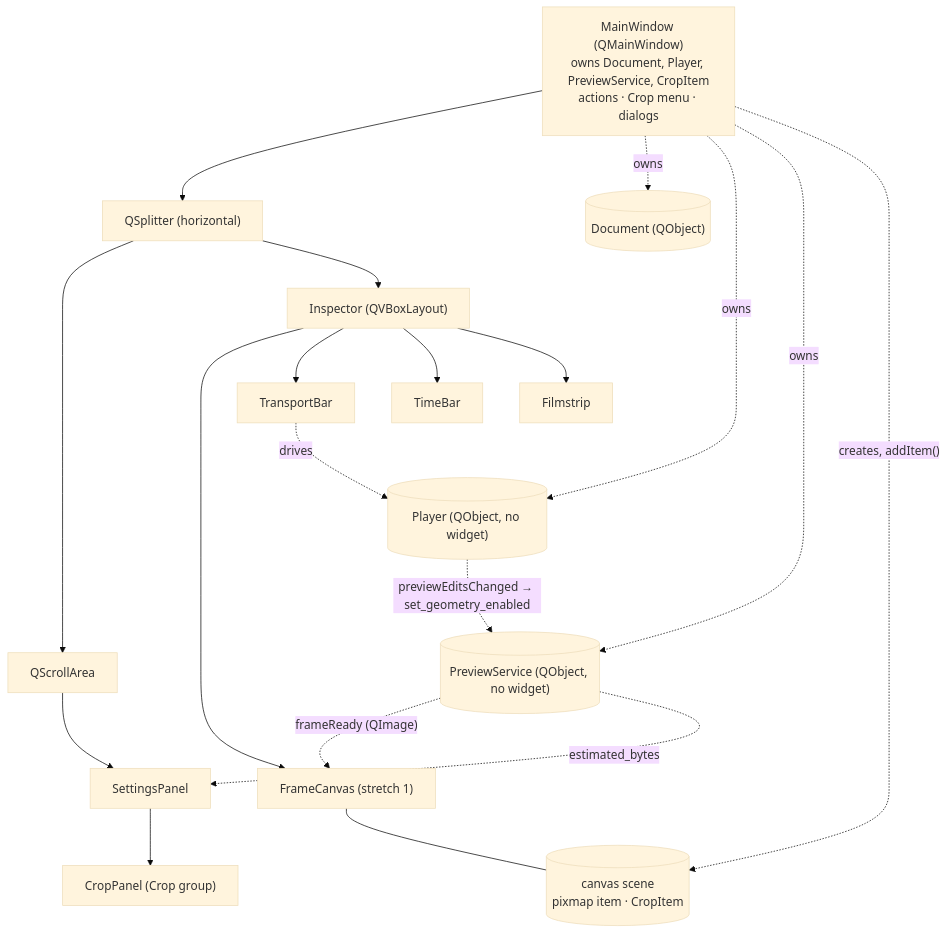
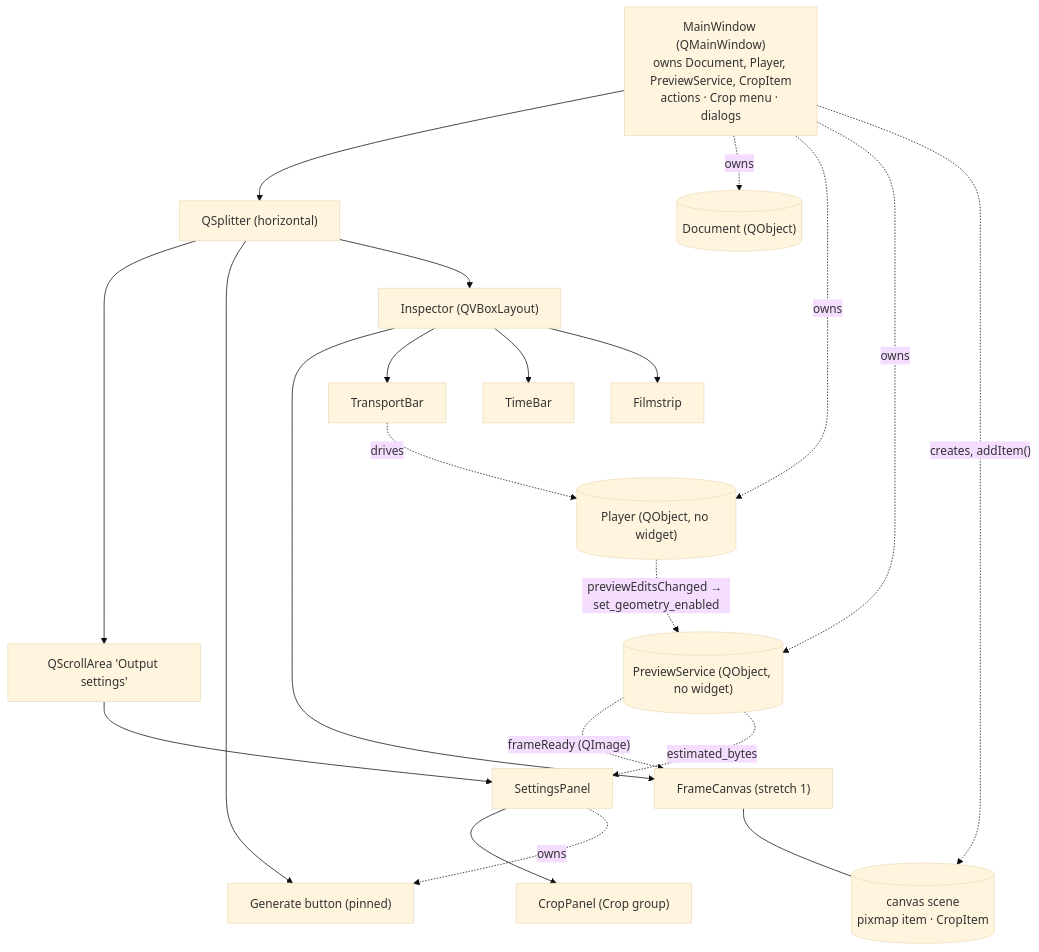
The sixth of 7 diagrams in docs/03-architecture.md (ErmanKan/EGPlease), drawn with Mermaid (base theme) before and after one commit. The commit also changed other lines of this file and 31 other files, not shown here.

Commit message:
docs: Milestone 4 - per-file pages (messages, hidpi/fuzz/stress scripts), threading + error-flow architecture, M4 dev log and testing guide; soak 30/30; README/AGENTS/RESUME-HERE

````diff
--- a/docs/03-architecture.md
+++ b/docs/03-architecture.md
@@ -256,30 +310,33 @@
 ```mermaid
 flowchart TB
     MW["MainWindow (QMainWindow)<br/>owns Document, Player, PreviewService, CropItem<br/>actions · Crop menu · dialogs"]
     SP["QSplitter (horizontal)"]
-    SA["QScrollArea"]
+    SA["QScrollArea 'Output settings'"]
+    GEN["Generate button (pinned)"]
     SET["SettingsPanel"]
     CP["CropPanel (Crop group)"]
     INS["Inspector (QVBoxLayout)"]
     CV["FrameCanvas (stretch 1)"]
     SC[("canvas scene<br/>pixmap item · CropItem")]
     TR["TransportBar"]
     TB["TimeBar"]
     FS["Filmstrip"]
     DOC[("Document (QObject)")]
     PL[("Player (QObject, no widget)")]
     PS[("PreviewService (QObject, no widget)")]
     MW --> SP
     SP --> SA --> SET --> CP
+    SP --> GEN
+    SET -. owns .-> GEN
     SP --> INS
     INS --> CV & TR & TB & FS
     CV --- SC
     MW -. owns .-> DOC
     MW -. owns .-> PL
     MW -. owns .-> PS
     MW -.->|"creates, addItem()"| SC
     TR -. drives .-> PL
     PS -.->|"frameReady (QImage)"| CV
     PS -.->|"estimated_bytes"| SET
     PL -.->|"previewEditsChanged → set_geometry_enabled"| PS
 ```
````
